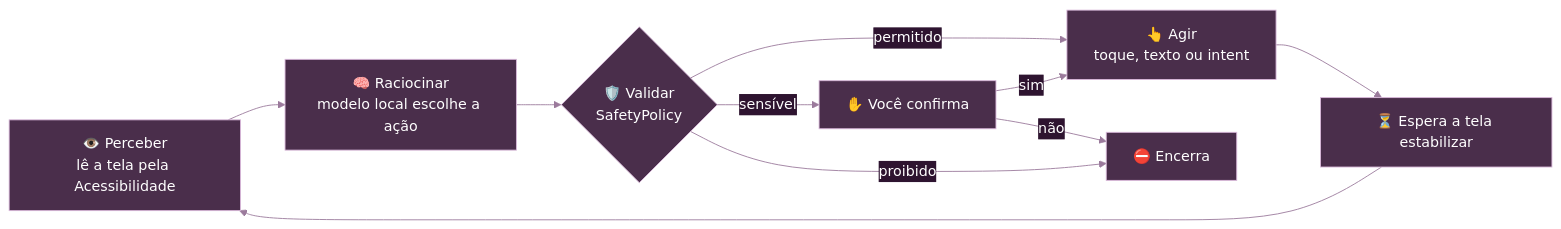
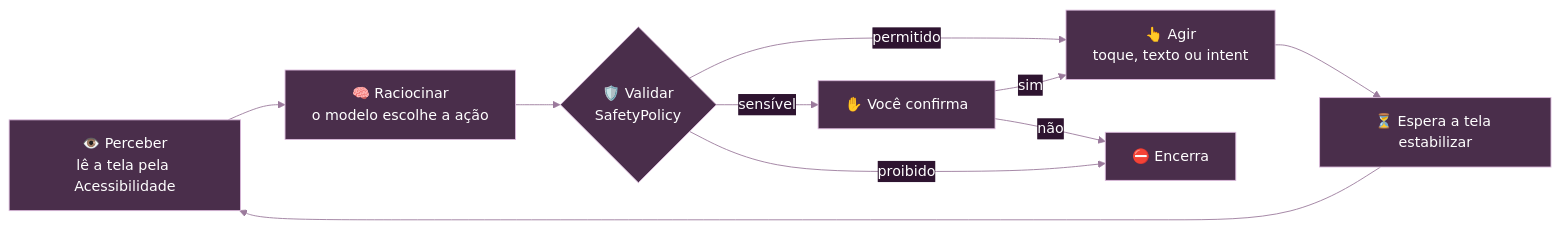
One commit to antonyguedes/melanta changed the diagram in README.md. Above: the diagram before and after it, drawn with Mermaid. The commit also changed other lines of this file and 52 other files, not shown here.

````diff
--- a/README.md
+++ b/README.md
@@ -59,13 +78,13 @@
 ```mermaid
 %%{init: {"theme": "base", "themeVariables": {"primaryColor": "#4A2E4B", "primaryTextColor": "#FFFFFF", "primaryBorderColor": "#D9B8DA", "lineColor": "#9B7A9C", "secondaryColor": "#2E1430", "tertiaryColor": "#1A1A1D", "fontFamily": "Inter, Segoe UI, Roboto, sans-serif"}}}%%
 flowchart LR
-    A["👁️ Perceber<br/>lê a tela pela Acessibilidade"] --> B["🧠 Raciocinar<br/>modelo local escolhe a ação"]
+    A["👁️ Perceber<br/>lê a tela pela Acessibilidade"] --> B["🧠 Raciocinar<br/>o modelo escolhe a ação"]
     B --> C{"🛡️ Validar<br/>SafetyPolicy"}
     C -- permitido --> D["👆 Agir<br/>toque, texto ou intent"]
     C -- sensível --> E["✋ Você confirma"]
     E -- sim --> D
     C -- proibido --> F["⛔ Encerra"]
     E -- não --> F
     D --> G["⏳ Espera a tela estabilizar"]
     G --> A
 ```
````
